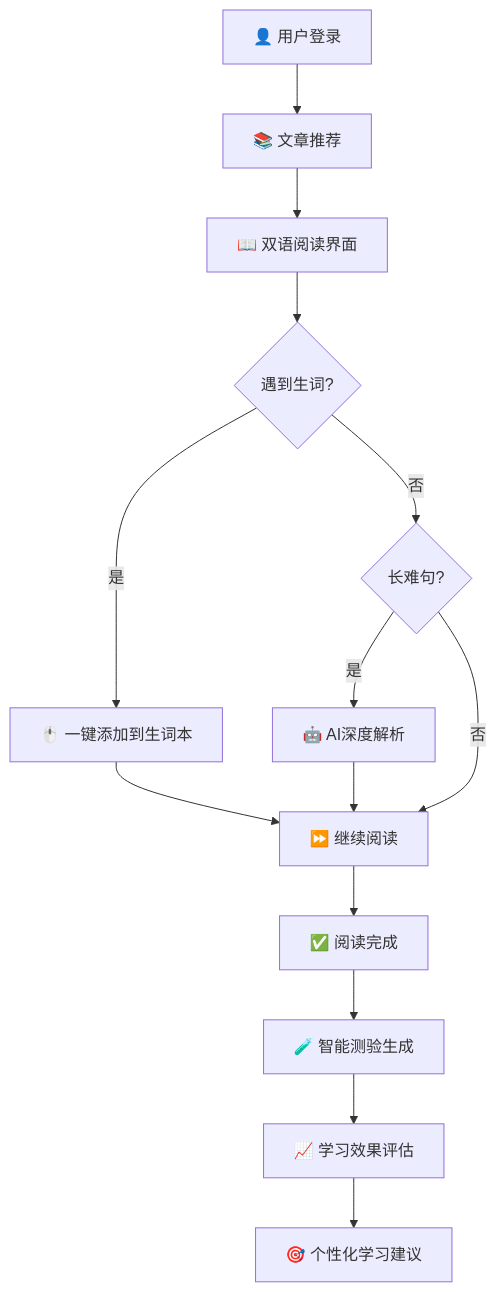
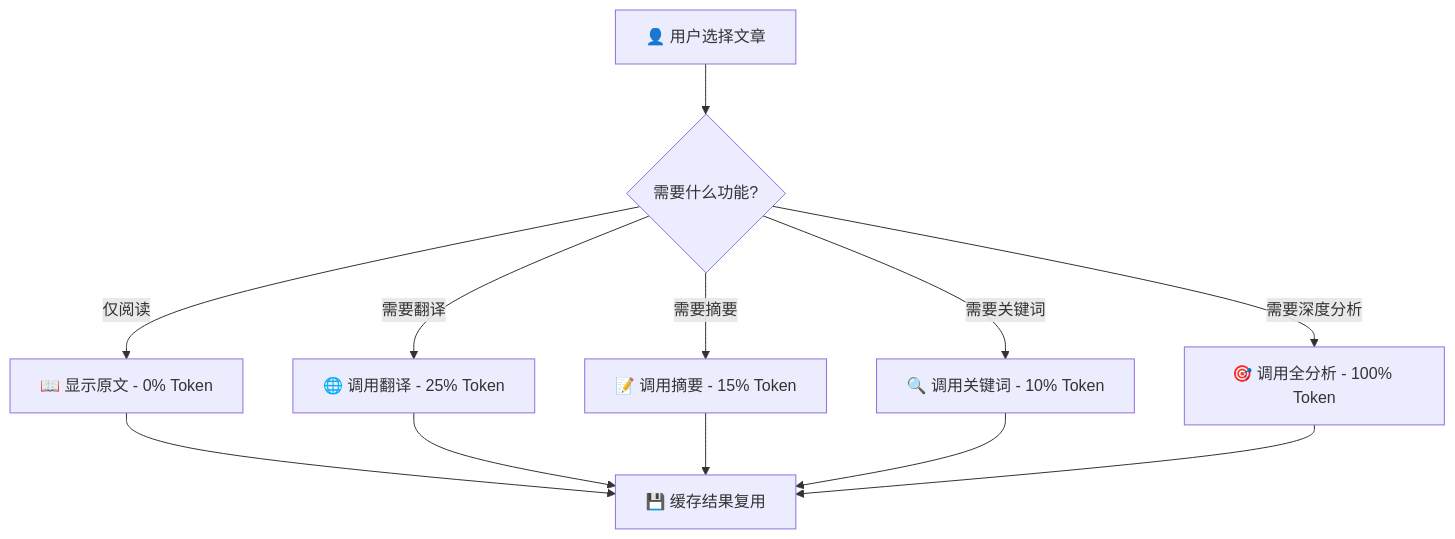
Before and after one commit to RiverXue/readup: the second of 2 diagrams in README.md, drawn with Mermaid. The commit also changed other lines of this file and 2 other files, not shown here.

````diff
--- a/README.md
+++ b/README.md
@@ -22,15 +20,10 @@
 ```mermaid
 graph TD
-    A[👤 用户登录] --> B[📚 文章推荐]
-    B --> C[📖 双语阅读界面]
-    C --> D{遇到生词?}
-    D -->|是| E[🖱️ 一键添加到生词本]
-    D -->|否| F{长难句?}
-    F -->|是| G[🤖 AI深度解析]
-    F -->|否| H[⏩ 继续阅读]
-    E & G --> H
-    H --> I[✅ 阅读完成]
-    I --> J[🧪 智能测验生成]
-    J --> K[📈 学习效果评估]
-    K --> L[🎯 个性化学习建议]
+    A[👤 用户选择文章] --> B{需要什么功能?}
+    B -->|仅阅读| C[📖 显示原文 - 0% Token]
+    B -->|需要翻译| D[🌐 调用翻译 - 25% Token]
+    B -->|需要摘要| E[📝 调用摘要 - 15% Token]
+    B -->|需要关键词| F[🔍 调用关键词 - 10% Token]
+    B -->|需要深度分析| G[🎯 调用全分析 - 100% Token]
+    C & D & E & F & G --> H[💾 缓存结果复用]
 ```
````
